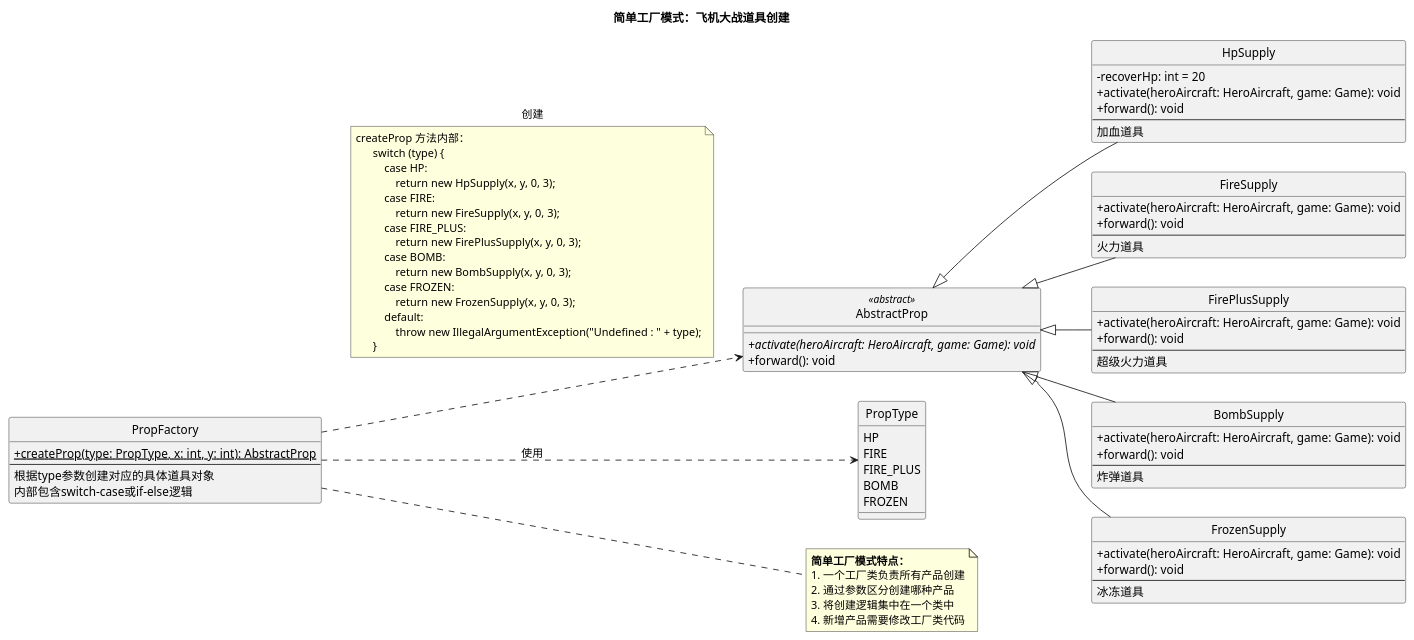
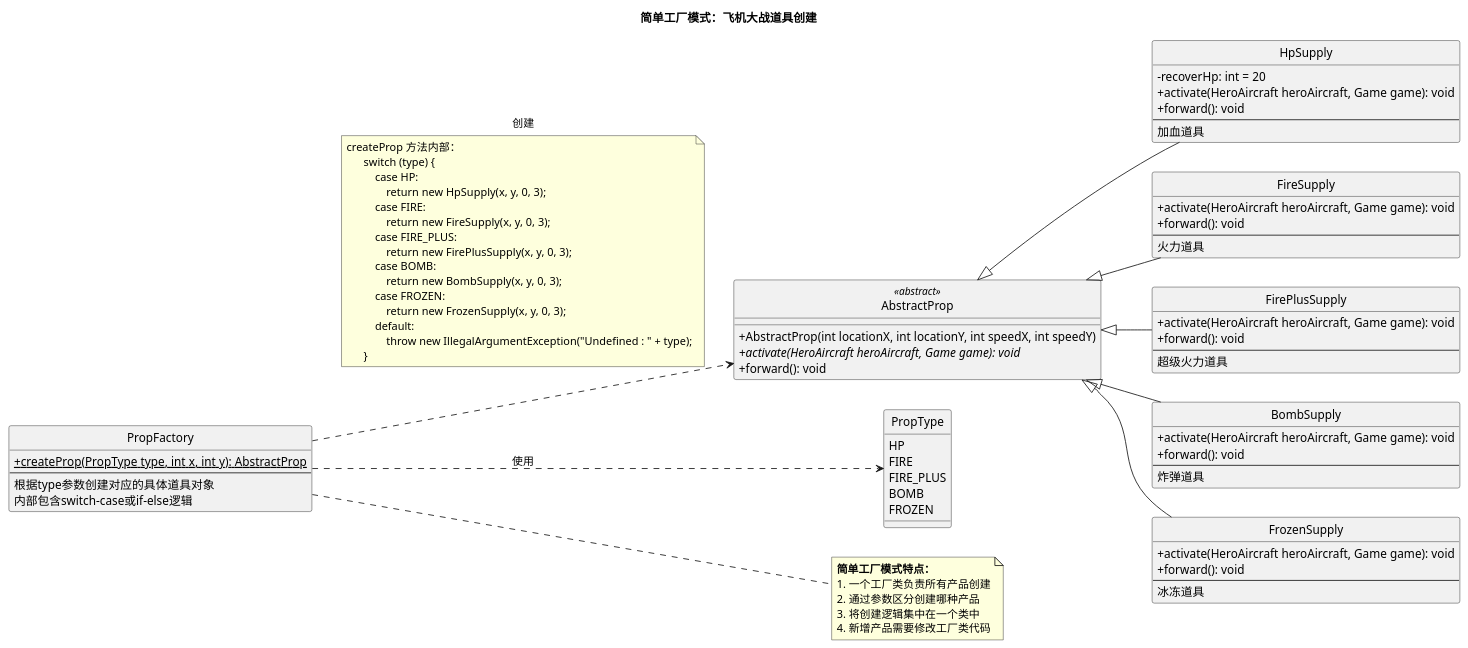
Before and after one commit to go1112/AircraftWar: the diagram in uml/SimpleFactory.puml, drawn with PlantUML. The commit also changed 2 other files, not shown here.

Commit message:
完善单例模式和简单工厂模式的UML类图

```diff
--- a/uml/SimpleFactory.puml
+++ b/uml/SimpleFactory.puml
@@ -1,106 +1,106 @@
 @startuml
 title 简单工厂模式：飞机大战道具创建
 skinparam classAttributeIconSize 0
 skinparam Style strictuml
 left to right direction
 
 ' 1. 简单工厂类
 class PropFactory {
-  +{static} createProp(type: PropType, x: int, y: int): AbstractProp
+  +{static} createProp(PropType type, int x, int y): AbstractProp
   --
   根据type参数创建对应的具体道具对象
   内部包含switch-case或if-else逻辑
 }
 
 ' 2. 抽象产品类
 class AbstractProp <<abstract>> {
-  +{abstract} activate(heroAircraft: HeroAircraft, game: Game): void
+  +AbstractProp(int locationX, int locationY, int speedX, int speedY) 
+  +{abstract} activate(HeroAircraft heroAircraft, Game game): void
   +forward(): void
-  ' ... 其他公共方法
 }
 
 ' 3. 具体产品类
 class HpSupply {
   -recoverHp: int = 20
-  +activate(heroAircraft: HeroAircraft, game: Game): void
+  +activate(HeroAircraft heroAircraft, Game game): void
   +forward(): void
   --
   加血道具
 }
 
 class FireSupply {
-  +activate(heroAircraft: HeroAircraft, game: Game): void
+  +activate(HeroAircraft heroAircraft, Game game): void
   +forward(): void
   --
   火力道具
 }
 
 class FirePlusSupply {
-  +activate(heroAircraft: HeroAircraft, game: Game): void
+  +activate(HeroAircraft heroAircraft, Game game): void
   +forward(): void
   --
   超级火力道具
 }
 
 class BombSupply {
-  +activate(heroAircraft: HeroAircraft, game: Game): void
+  +activate(HeroAircraft heroAircraft, Game game): void
   +forward(): void
   --
   炸弹道具
 }
 
 class FrozenSupply {
-  +activate(heroAircraft: HeroAircraft, game: Game): void
+  +activate(HeroAircraft heroAircraft, Game game): void
   +forward(): void
   --
   冰冻道具
 }
 
 ' 继承关系
 AbstractProp <|-- HpSupply
 AbstractProp <|-- FireSupply
 AbstractProp <|-- FirePlusSupply
 AbstractProp <|-- BombSupply
 AbstractProp <|-- FrozenSupply
 
 ' 工厂创建产品的关系
 PropFactory ..> AbstractProp : 创建
 note on link
   createProp 方法内部：
         switch (type) {
             case HP:
                 return new HpSupply(x, y, 0, 3);
             case FIRE:
                 return new FireSupply(x, y, 0, 3);
             case FIRE_PLUS:
                 return new FirePlusSupply(x, y, 0, 3);
             case BOMB:
                 return new BombSupply(x, y, 0, 3);
             case FROZEN:
                 return new FrozenSupply(x, y, 0, 3);
             default:
                 throw new IllegalArgumentException("Undefined : " + type);
         }
 end note
 
 ' 道具类型枚举
 enum PropType {
   HP
   FIRE
   FIRE_PLUS
   BOMB
   FROZEN
 }
 
 PropFactory ..> PropType : 使用
 
 ' 说明注释
 note right of PropFactory
   <b>简单工厂模式特点：</b>
   1. 一个工厂类负责所有产品创建
   2. 通过参数区分创建哪种产品
   3. 将创建逻辑集中在一个类中
   4. 新增产品需要修改工厂类代码
 end note
 
 @enduml
```
